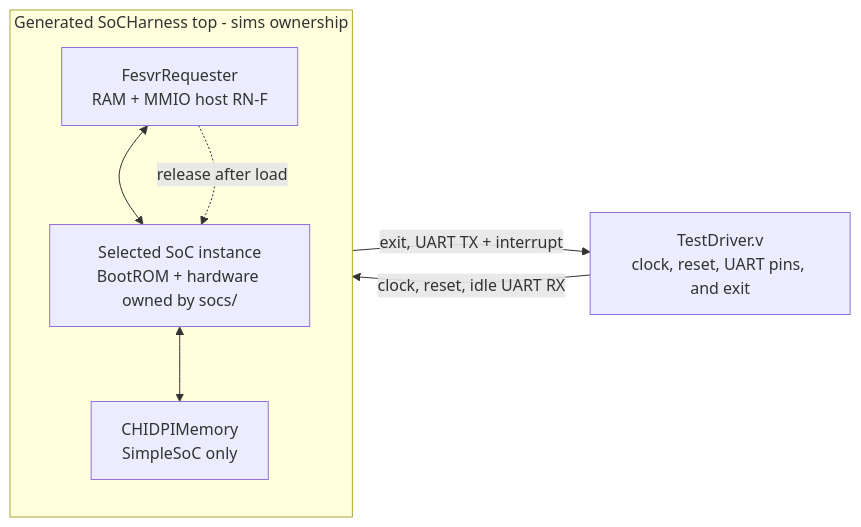
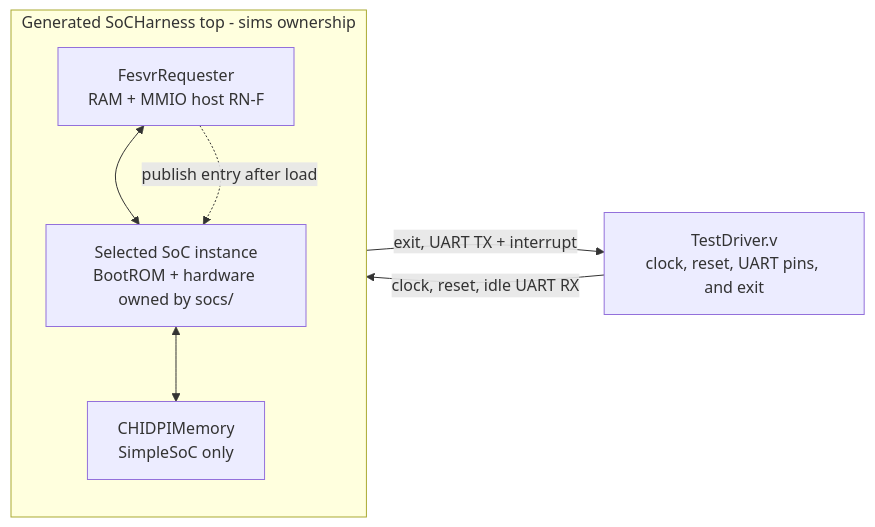
One commit to jerryz123/rhodium changed the diagram in sims/README.md. Above: the diagram before and after it, drawn with Mermaid. The commit also changed other lines of this file and 48 other files, not shown here.

````diff
--- a/sims/README.md
+++ b/sims/README.md
@@ -30,17 +30,17 @@
 ```mermaid
 flowchart LR
   Driver["TestDriver.v<br/>clock, reset, UART pins, and exit"]
 
   subgraph Harness["Generated SoCHarness top - sims ownership"]
     FESVR["FesvrRequester<br/>RAM + MMIO host RN-F"]
     SoC["Selected SoC instance<br/>BootROM + hardware owned by socs/"]
     DPIMemory["CHIDPIMemory<br/>SimpleSoC only"]
 
     FESVR <--> SoC
-    FESVR -.->|"release after load"| SoC
+    FESVR -.->|"publish entry after load"| SoC
     SoC <--> DPIMemory
   end
 
   Driver -->|"clock, reset, idle UART RX"| Harness
   Harness -->|"exit, UART TX + interrupt"| Driver
 ```
````
